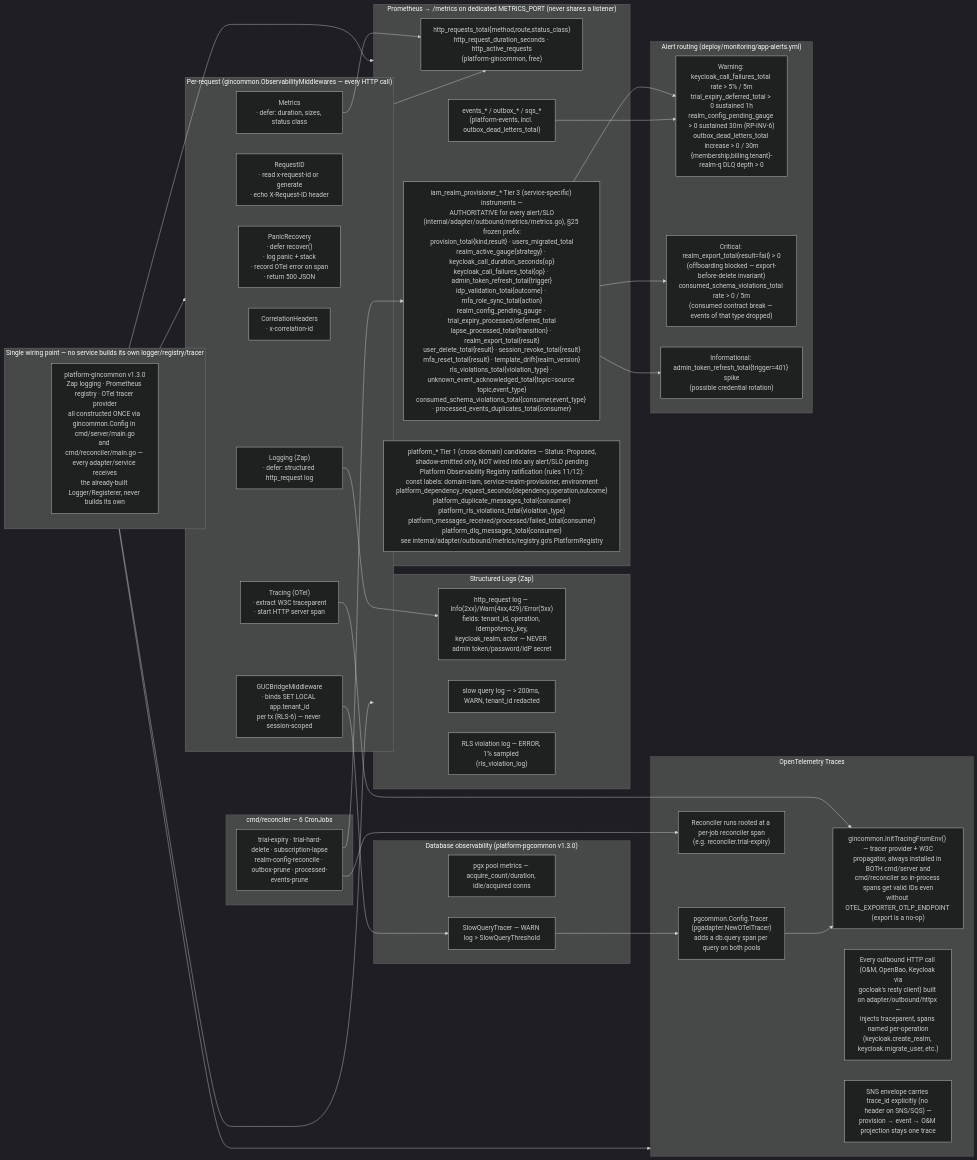
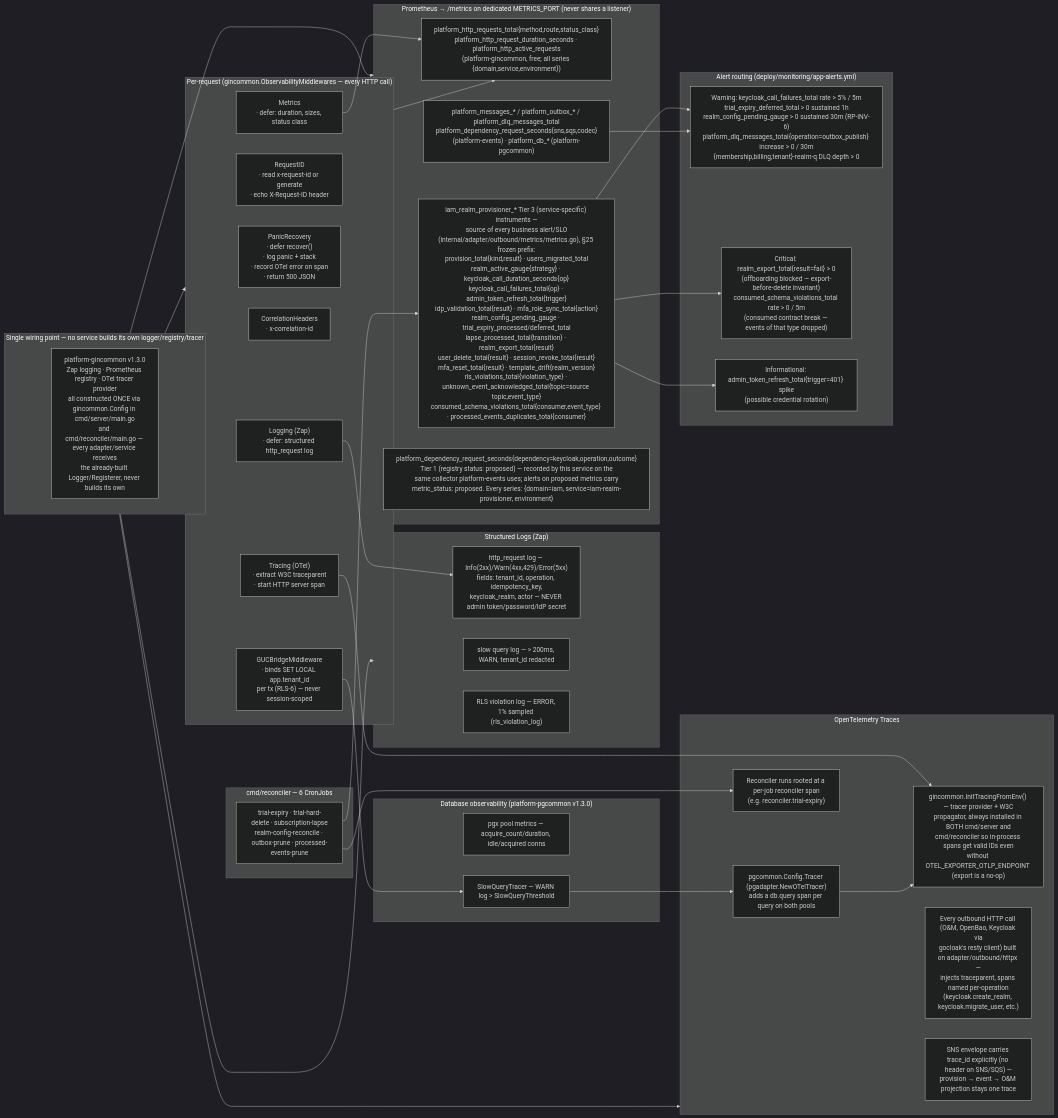
The eighth of 10 diagrams in ARCHITECTURE.md (BCBP-SOLUTIONS-FZC-LLC/iam-realm-provisioner), drawn with Mermaid (dark theme) before and after one commit. The commit also changed other lines of this file and 93 other files, not shown here.

First line of the commit message:
feat!: migrate to platform_* metrics and the mandatory observability identity

````diff
--- a/ARCHITECTURE.md
+++ b/ARCHITECTURE.md
@@ -622,70 +622,73 @@
 ```mermaid
 graph LR
     subgraph request["Per-request (gincommon.ObservabilityMiddlewares — every HTTP call)"]
         panic["PanicRecovery\n· defer recover()\n· log panic + stack\n· record OTel error on span\n· return 500 JSON"]
         reqid["RequestID\n· read x-request-id or generate\n· echo X-Request-ID header"]
         trace["Tracing (OTel)\n· extract W3C traceparent\n· start HTTP server span"]
         corr["CorrelationHeaders\n· x-correlation-id"]
         metricsmw["Metrics\n· defer: duration, sizes, status class"]
         logging["Logging (Zap)\n· defer: structured http_request log"]
         guc["GUCBridgeMiddleware\n· binds SET LOCAL app.tenant_id\nper tx (RLS-6) — never session-scoped"]
     end
 
     subgraph gincommon_only["Single wiring point — no service builds its own logger/registry/tracer"]
         gc1["platform-gincommon v1.3.0\nZap logging · Prometheus registry · OTel tracer provider\nall constructed ONCE via gincommon.Config in cmd/server/main.go\nand cmd/reconciler/main.go — every adapter/service receives\nthe already-built Logger/Registerer, never builds its own"]
     end
 
     subgraph prom["Prometheus  →  /metrics on dedicated METRICS_PORT (never shares a listener)"]
-        p1["http_requests_total{method,route,status_class}\nhttp_request_duration_seconds · http_active_requests\n(platform-gincommon, free)"]
-        p2["events_* / outbox_* / sqs_*\n(platform-events, incl. outbox_dead_letters_total)"]
-        p3["iam_realm_provisioner_* Tier 3 (service-specific) instruments —\nAUTHORITATIVE for every alert/SLO\n(internal/adapter/outbound/metrics/metrics.go), §25 frozen prefix:\nprovision_total{kind,result} · users_migrated_total\nrealm_active_gauge{strategy} · keycloak_call_duration_seconds{op}\nkeycloak_call_failures_total{op} · admin_token_refresh_total{trigger}\nidp_validation_total{outcome} · mfa_role_sync_total{action}\nrealm_config_pending_gauge · trial_expiry_processed/deferred_total\nlapse_processed_total{transition} · realm_export_total{result}\nuser_delete_total{result} · session_revoke_total{result}\nmfa_reset_total{result} · template_drift{realm_version}\nrls_violations_total{violation_type} · unknown_event_acknowledged_total{topic=source topic,event_type}\nconsumed_schema_violations_total{consumer,event_type} · processed_events_duplicates_total{consumer}"]
-        p4["platform_* Tier 1 (cross-domain) candidates — Status: Proposed,\nshadow-emitted only, NOT wired into any alert/SLO pending\nPlatform Observability Registry ratification (rules 11/12):\nconst labels: domain=iam, service=realm-provisioner, environment\nplatform_dependency_request_seconds{dependency,operation,outcome}\nplatform_duplicate_messages_total{consumer}\nplatform_rls_violations_total{violation_type}\nplatform_messages_received/processed/failed_total{consumer}\nplatform_dlq_messages_total{consumer}\nsee internal/adapter/outbound/metrics/registry.go's PlatformRegistry"]
+        p1["platform_http_requests_total{method,route,status_class}\nplatform_http_request_duration_seconds · platform_http_active_requests\n(platform-gincommon, free; all series {domain,service,environment})"]
+        p2["platform_messages_* / platform_outbox_* / platform_dlq_messages_total\nplatform_dependency_request_seconds{sns,sqs,codec}\n(platform-events) · platform_db_* (platform-pgcommon)"]
+        p3["iam_realm_provisioner_* Tier 3 (service-specific) instruments —\nsource of every business alert/SLO\n(internal/adapter/outbound/metrics/metrics.go), §25 frozen prefix:\nprovision_total{kind,result} · users_migrated_total\nrealm_active_gauge{strategy} · keycloak_call_duration_seconds{op}\nkeycloak_call_failures_total{op} · admin_token_refresh_total{trigger}\nidp_validation_total{result} · mfa_role_sync_total{action}\nrealm_config_pending_gauge · trial_expiry_processed/deferred_total\nlapse_processed_total{transition} · realm_export_total{result}\nuser_delete_total{result} · session_revoke_total{result}\nmfa_reset_total{result} · template_drift{realm_version}\nrls_violations_total{violation_type} · unknown_event_acknowledged_total{topic=source topic,event_type}\nconsumed_schema_violations_total{consumer,event_type} · processed_events_duplicates_total{consumer}"]
+        p4["platform_dependency_request_seconds{dependency=keycloak,operation,outcome}
+Tier 1 (registry status: proposed) — recorded by this service on the
+same collector platform-events uses; alerts on proposed metrics carry
+metric_status: proposed. Every series: {domain=iam, service=iam-realm-provisioner, environment}"]
     end
 
     subgraph otel["OpenTelemetry Traces"]
         ot1["gincommon.InitTracingFromEnv() — tracer provider + W3C\npropagator, always installed in BOTH cmd/server and\ncmd/reconciler so in-process spans get valid IDs even\nwithout OTEL_EXPORTER_OTLP_ENDPOINT (export is a no-op)"]
         ot2["pgcommon.Config.Tracer (pgadapter.NewOTelTracer)\nadds a db.query span per query on both pools"]
         ot3["Every outbound HTTP call (O&M, OpenBao, Keycloak via\ngocloak's resty client) built on adapter/outbound/httpx —\ninjects traceparent, spans named per-operation\n(keycloak.create_realm, keycloak.migrate_user, etc.)"]
         ot4["SNS envelope carries trace_id explicitly (no header on SNS/SQS) —\nprovision → event → O&M projection stays one trace"]
         ot5["Reconciler runs rooted at a per-job reconciler span\n(e.g. reconciler.trial-expiry)"]
     end
 
     subgraph logs["Structured Logs (Zap)"]
         l1["http_request log — Info(2xx)/Warn(4xx,429)/Error(5xx)\nfields: tenant_id, operation, idempotency_key,\nkeycloak_realm, actor — NEVER admin token/password/IdP secret"]
         l2["slow query log — > 200ms, WARN, tenant_id redacted"]
         l3["RLS violation log — ERROR, 1% sampled (rls_violation_log)"]
     end
 
     subgraph db_obs["Database observability (platform-pgcommon v1.3.0)"]
         db1["pgx pool metrics — acquire_count/duration, idle/acquired conns"]
         db2["SlowQueryTracer — WARN log > SlowQueryThreshold"]
     end
 
     subgraph cron["cmd/reconciler — 6 CronJobs"]
         c1["trial-expiry · trial-hard-delete · subscription-lapse\nrealm-config-reconcile · outbox-prune · processed-events-prune"]
     end
 
     subgraph alerts["Alert routing (deploy/monitoring/app-alerts.yml)"]
-        a1["Warning: keycloak_call_failures_total rate > 5% / 5m\ntrial_expiry_deferred_total > 0 sustained 1h\nrealm_config_pending_gauge > 0 sustained 30m (RP-INV-6)\noutbox_dead_letters_total increase > 0 / 30m\n{membership,billing,tenant}-realm-q DLQ depth > 0"]
+        a1["Warning: keycloak_call_failures_total rate > 5% / 5m\ntrial_expiry_deferred_total > 0 sustained 1h\nrealm_config_pending_gauge > 0 sustained 30m (RP-INV-6)\nplatform_dlq_messages_total{operation=outbox_publish} increase > 0 / 30m\n{membership,billing,tenant}-realm-q DLQ depth > 0"]
         a2["Critical: realm_export_total{result=fail} > 0\n(offboarding blocked — export-before-delete invariant)\nconsumed_schema_violations_total rate > 0 / 5m\n(consumed contract break — events of that type dropped)"]
         a3["Informational: admin_token_refresh_total{trigger=401} spike\n(possible credential rotation)"]
     end
 
     gincommon_only --> request
     gincommon_only --> prom
     gincommon_only --> logs
     gincommon_only --> otel
     request --> p1
     metricsmw --> p1
     trace --> ot1
     logging --> l1
     guc --> db2
     db2 --> ot2
     ot2 --> ot1
     c1 --> p3
     c1 --> ot5
     p3 --> a1
     p3 --> a2
     p3 --> a3
     p2 --> a1
 ```
````
